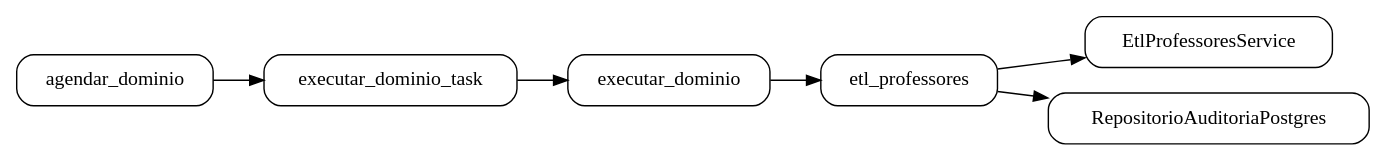
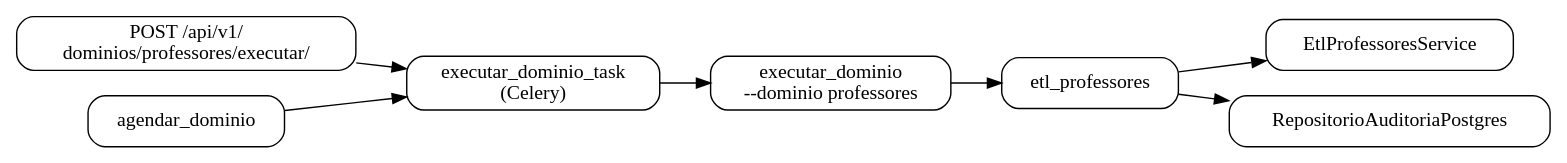
Before and after one commit to prefeiturasp/SME-IntegracaoEOL-MS-ETL: the diagram in docs/dominios/professores/orquestracao.md, drawn with Graphviz. The commit also changed other lines of this file and 27 other files, not shown here.

````diff
--- a/docs/dominios/professores/orquestracao.md
+++ b/docs/dominios/professores/orquestracao.md
@@ -17,16 +70,19 @@
 ```{graphviz}
 digraph G {
     rankdir=LR;
     node [shape=box, style="rounded"];
 
-    A [label="agendar_dominio"];
-    T [label="executar_dominio_task"];
-    C [label="executar_dominio"];
-    P [label="etl_professores"];
-    S [label="EtlProfessoresService"];
-    R [label="RepositorioAuditoriaPostgres"];
+    API  [label="POST /api/v1/\ndominios/professores/executar/"];
+    AGE  [label="agendar_dominio"];
+    TASK [label="executar_dominio_task\n(Celery)"];
+    ROT  [label="executar_dominio\n--dominio professores"];
+    CMD  [label="etl_professores"];
+    SVC  [label="EtlProfessoresService"];
+    REP  [label="RepositorioAuditoriaPostgres"];
 
-    A -> T -> C -> P -> S;
-    P -> R;
+    API  -> TASK;
+    AGE  -> TASK;
+    TASK -> ROT -> CMD -> SVC;
+    CMD  -> REP;
 }
 ```
````
